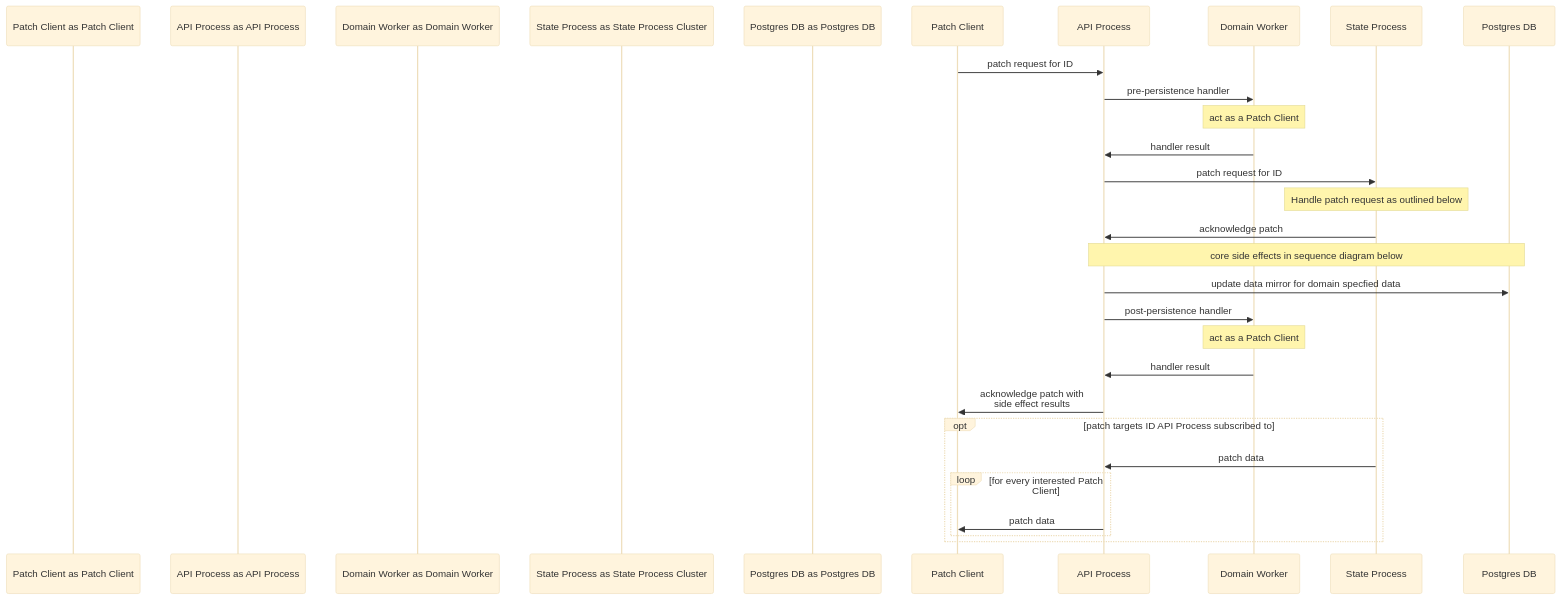
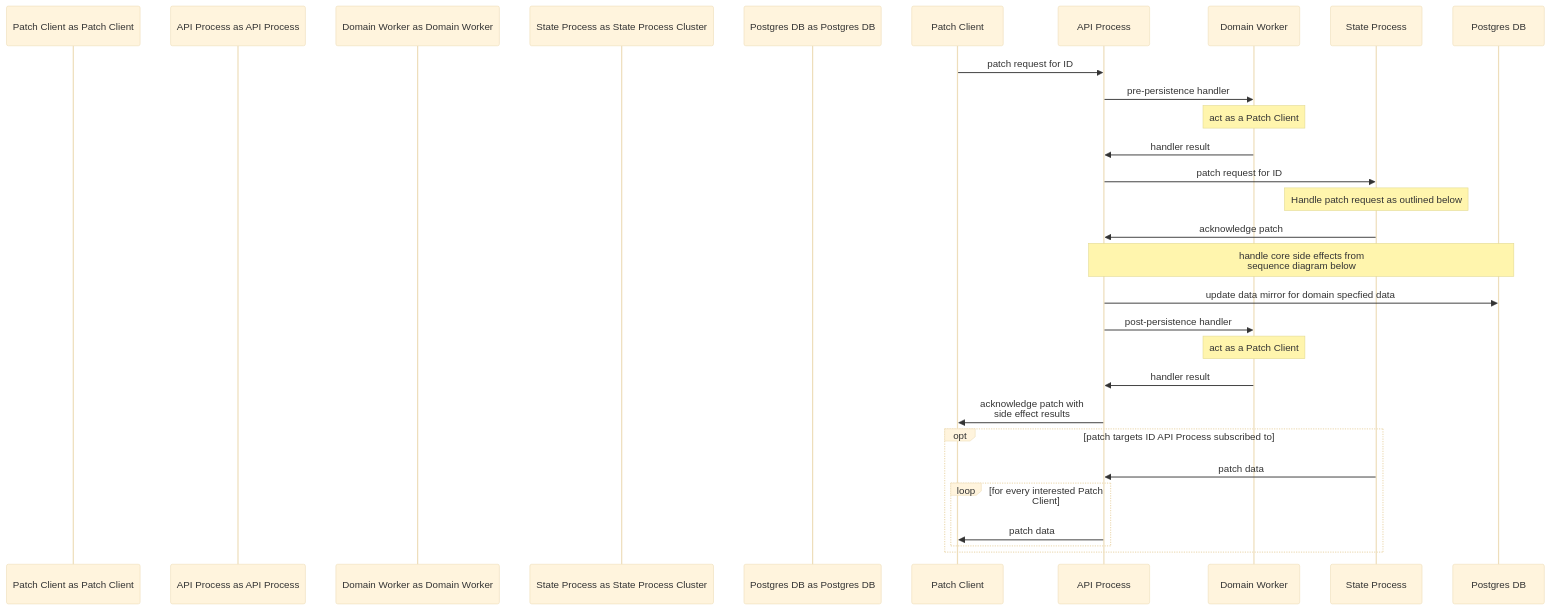
The first of 2 diagrams in README.md (knowlearning/platform), drawn with Mermaid (base theme) before and after one commit. The commit also changed other lines of this file, not shown here.

Commit message:
Minor spec update

````diff
--- a/README.md
+++ b/README.md
@@ -45,28 +45,28 @@
 ```mermaid
 sequenceDiagram
   participant Patch Client as Patch Client
   participant API Process as API Process
   participant Domain Worker as Domain Worker
   participant State Process as State Process Cluster
   participant Postgres DB as Postgres DB
 
   Patch Client ->> API Process: patch request for ID
   API Process ->> Domain Worker: pre-persistence handler
   Note over Domain Worker: act as a Patch Client
   Domain Worker ->> API Process: handler result
   API Process ->> State Process: patch request for ID
   Note over State Process: Handle patch request as outlined below
   State Process ->> API Process: acknowledge patch
-  Note over API Process,Postgres DB: core side effects in sequence diagram below
+  Note over API Process,Postgres DB: handle core side effects from<br>sequence diagram below
   API Process ->> Postgres DB: update data mirror for domain specfied data
   API Process ->> Domain Worker: post-persistence handler
   Note over Domain Worker: act as a Patch Client
   Domain Worker ->> API Process: handler result
   API Process ->> Patch Client: acknowledge patch with<br>side effect results
   opt patch targets ID API Process subscribed to
     State Process ->> API Process: patch data
     loop for every interested Patch Client
       API Process ->> Patch Client: patch data
     end
   end
 ```
````
